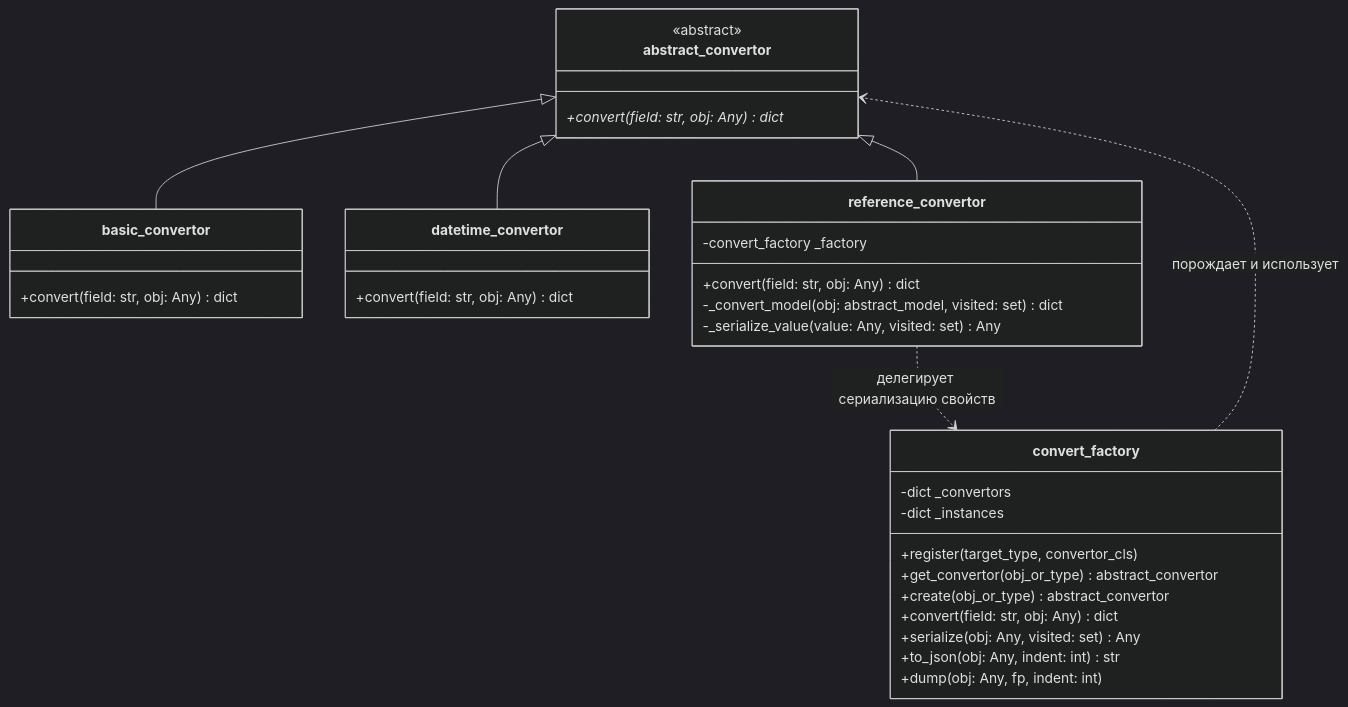
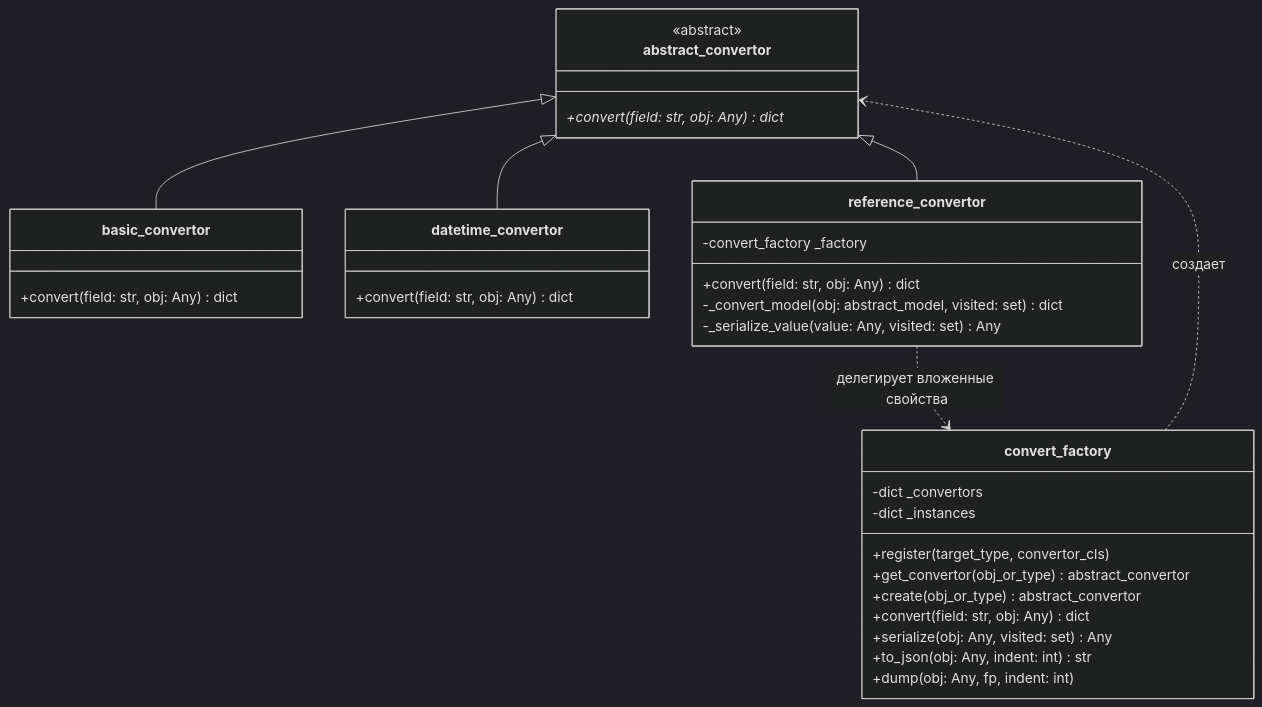
One commit to Turik06/Patterns_Suleymanov changed the diagram in Docs/JsonSerialization.md. Above: the diagram before and after it, drawn with Mermaid (dark theme). The commit also changed other lines of this file and 4 other files, not shown here.

Commit message:
docs: fix diagrams

````diff
--- a/Docs/JsonSerialization.md
+++ b/Docs/JsonSerialization.md
@@ -22,43 +5,43 @@
 ```mermaid
 classDiagram
     direction TB
 
     class abstract_convertor {
         <<abstract>>
         +convert(field: str, obj: Any) dict*
     }
 
     class basic_convertor {
         +convert(field: str, obj: Any) dict
     }
 
     class datetime_convertor {
         +convert(field: str, obj: Any) dict
     }
 
     class reference_convertor {
         -convert_factory _factory
         +convert(field: str, obj: Any) dict
         -_convert_model(obj: abstract_model, visited: set) dict
         -_serialize_value(value: Any, visited: set) Any
     }
 
     class convert_factory {
         -dict _convertors
         -dict _instances
         +register(target_type, convertor_cls)
         +get_convertor(obj_or_type) abstract_convertor
         +create(obj_or_type) abstract_convertor
         +convert(field: str, obj: Any) dict
         +serialize(obj: Any, visited: set) Any
         +to_json(obj: Any, indent: int) str
         +dump(obj: Any, fp, indent: int)
     }
 
     abstract_convertor <|-- basic_convertor
     abstract_convertor <|-- datetime_convertor
     abstract_convertor <|-- reference_convertor
 
-    convert_factory ..> abstract_convertor : порождает и использует
-    reference_convertor ..> convert_factory : делегирует сериализацию свойств
+    convert_factory ..> abstract_convertor : создает
+    reference_convertor ..> convert_factory : делегирует вложенные свойства
 ```
````
